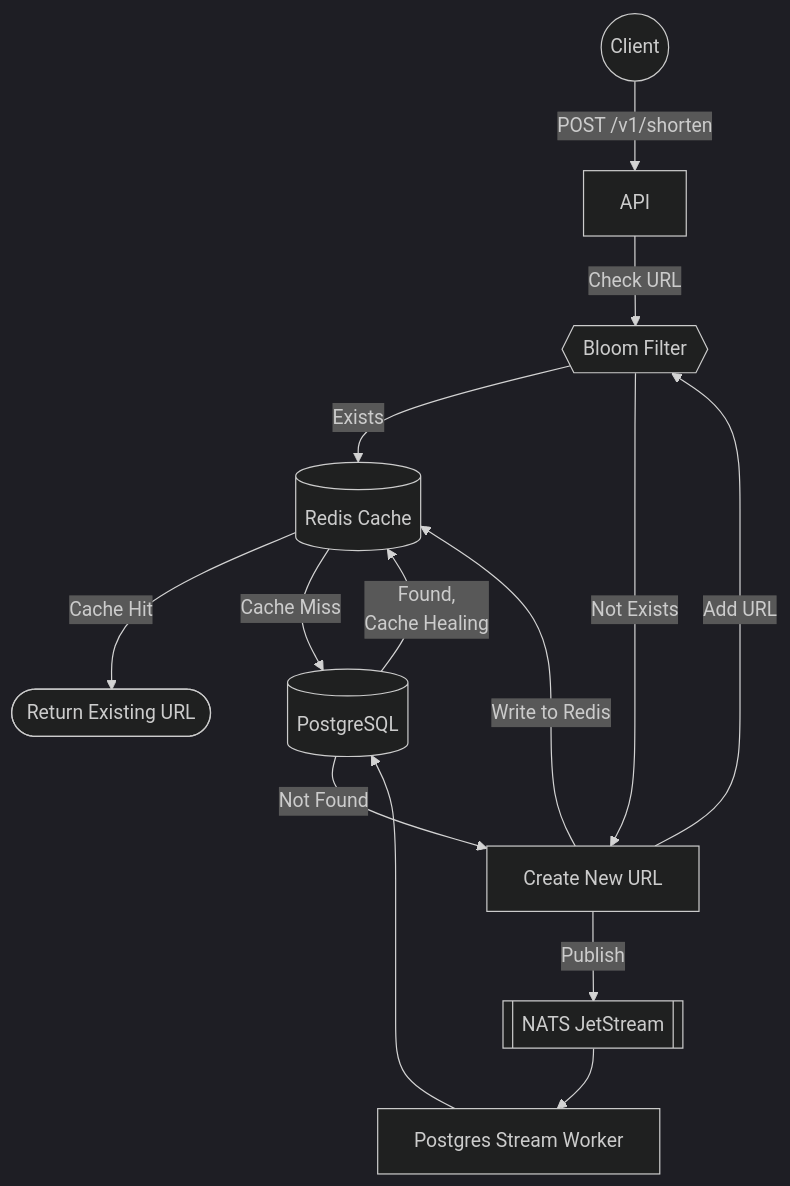
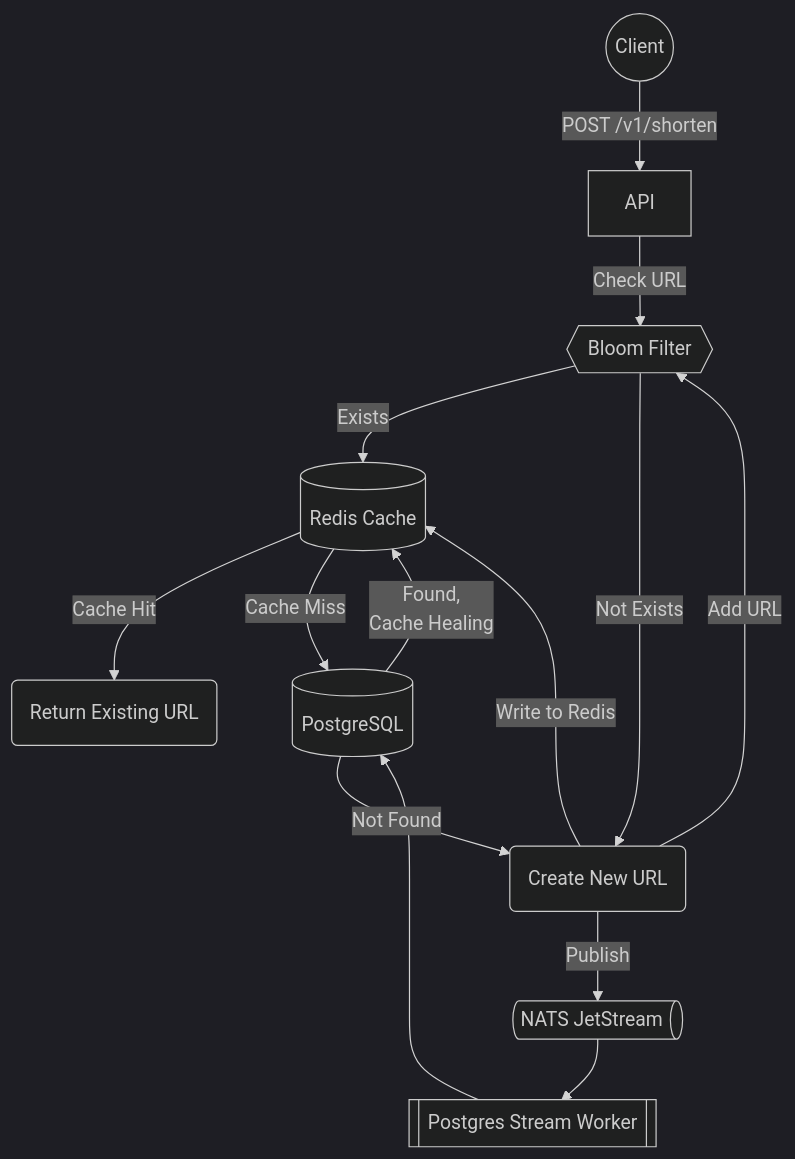
One commit to ukiran03/minurl changed the first of 4 diagrams in README.md. Above: the diagram before and after it, drawn with Mermaid (dark theme). The commit also changed other lines of this file, not shown here.

````diff
--- a/README.md
+++ b/README.md
@@ -101,14 +29,14 @@
 ```mermaid
 flowchart TD
     Client((Client)) -->|"POST /v1/shorten"| API
     API -->|Check URL| Bloom{{Bloom Filter}}
     Bloom -->|Exists| Redis[(Redis Cache)]
-    Bloom -->|Not Exists| Create[Create New URL]
-    Redis -->|Cache Hit| Return([Return Existing URL])
+    Bloom -->|Not Exists| Create@{ shape: rounded, label: "Create New URL" }
+    Redis -->|Cache Hit| Return@{ shape: rounded, label: "Return Existing URL" }
     Redis -->|Cache Miss| DB[(PostgreSQL)]
     DB -->|Found,<br>Cache Healing| Redis
     DB -->|Not Found| Create
     Create -->|Write to Redis| Redis
-    Create -->|Publish| NATS[[NATS JetStream]] --> PGWorker[Postgres Stream Worker] --> DB
+    Create -->|Publish| NATS@{ shape: das, label: "NATS JetStream" } --> PGWorker@{ shape: subproc, label: "Postgres Stream Worker" } --> DB
     Create -->|Add URL| Bloom
 ```
````
